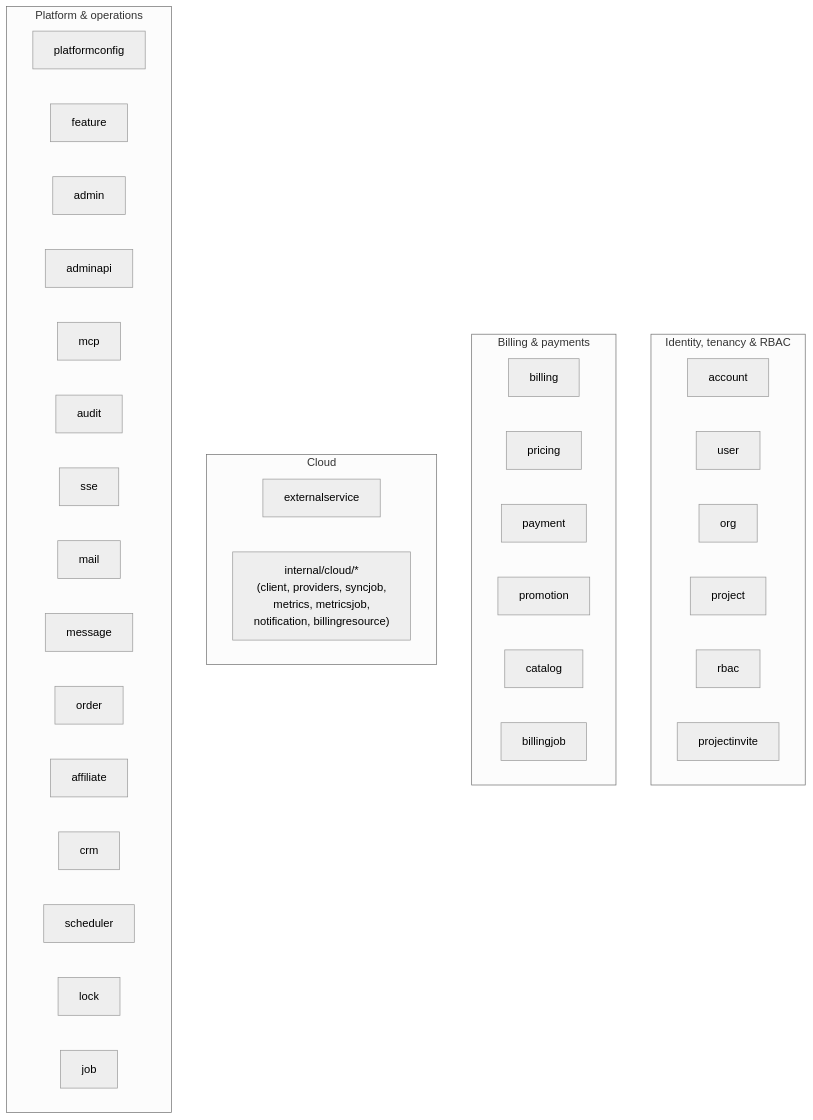
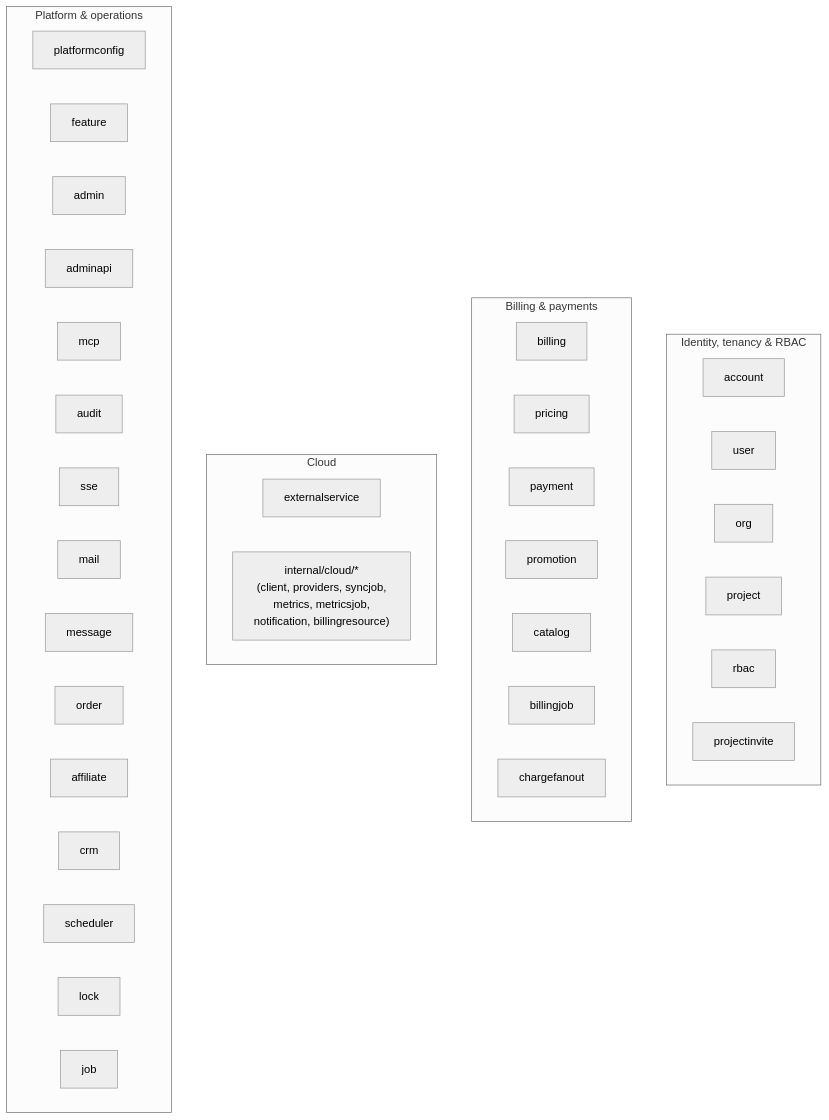
One commit to menlocloud/stratos changed the sixth of 7 diagrams in docs/architecture.md. Above: the diagram before and after it, drawn with Mermaid (neutral theme). The commit also changed other lines of this file and 11 other files, not shown here.

````diff
--- a/docs/architecture.md
+++ b/docs/architecture.md
@@ -286,40 +286,41 @@
 ```mermaid
 flowchart TB
     subgraph ID["Identity, tenancy & RBAC"]
         account["account"]
         user["user"]
         org["org"]
         project["project"]
         rbac["rbac"]
         projectinvite["projectinvite"]
     end
     subgraph BILL["Billing & payments"]
         billing["billing"]
         pricing["pricing"]
         payment["payment"]
         promotion["promotion"]
         catalog["catalog"]
         billingjob["billingjob"]
+        chargefanout["chargefanout"]
     end
     subgraph CLOUD["Cloud"]
         externalservice["externalservice"]
         cloudpkg["internal/cloud/*<br/>(client, providers, syncjob,<br/>metrics, metricsjob,<br/>notification, billingresource)"]
     end
     subgraph PLAT["Platform & operations"]
         platformconfig["platformconfig"]
         feature["feature"]
         admin["admin"]
         adminapi["adminapi"]
         mcp["mcp"]
         audit["audit"]
         sse["sse"]
         mail["mail"]
         message["message"]
         order["order"]
         affiliate["affiliate"]
         crm["crm"]
         scheduler["scheduler"]
         lock["lock"]
         job["job"]
     end
 ```
````
